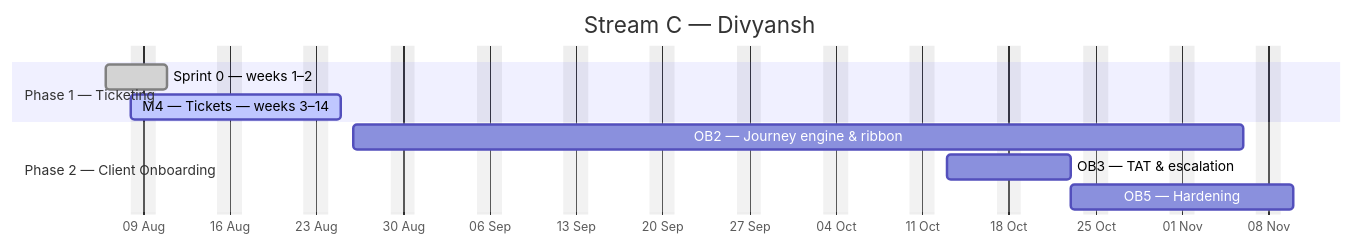
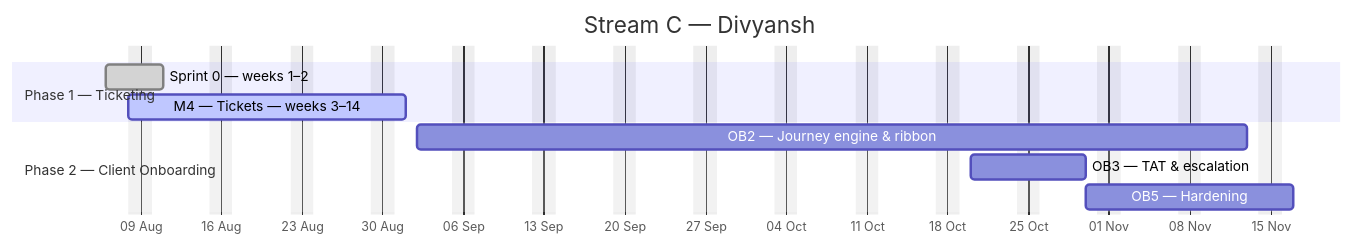
One commit to debashisedunext/EduTrack changed the third of 4 diagrams in docs/plan/GANTT.md. Above: the diagram before and after it, drawn with Mermaid. The commit also changed other lines of this file and 2 other files, not shown here.

````diff
--- a/docs/plan/GANTT.md
+++ b/docs/plan/GANTT.md
@@ -186,14 +186,14 @@
 ```mermaid
 gantt
     dateFormat YYYY-MM-DD
     axisFormat %d %b
     title Stream C — Divyansh
     excludes weekends
     section Phase 1 — Ticketing
     Sprint 0 — weeks 1–2 :done, c0, 2026-08-06, 3d
-    M4 — Tickets — weeks 3–14 :active, c1, 2026-08-08, 12d
+    M4 — Tickets — weeks 3–14 :active, c1, 2026-08-08, 17d
     section Phase 2 — Client Onboarding
-    OB2 — Journey engine & ribbon :c2, 2026-08-26, 52d
-    OB3 — TAT & escalation :c3, 2026-10-13, 8d
-    OB5 — Hardening :c4, 2026-10-23, 12d
+    OB2 — Journey engine & ribbon :c2, 2026-09-02, 52d
+    OB3 — TAT & escalation :c3, 2026-10-20, 8d
+    OB5 — Hardening :c4, 2026-10-30, 12d
 ```
````
